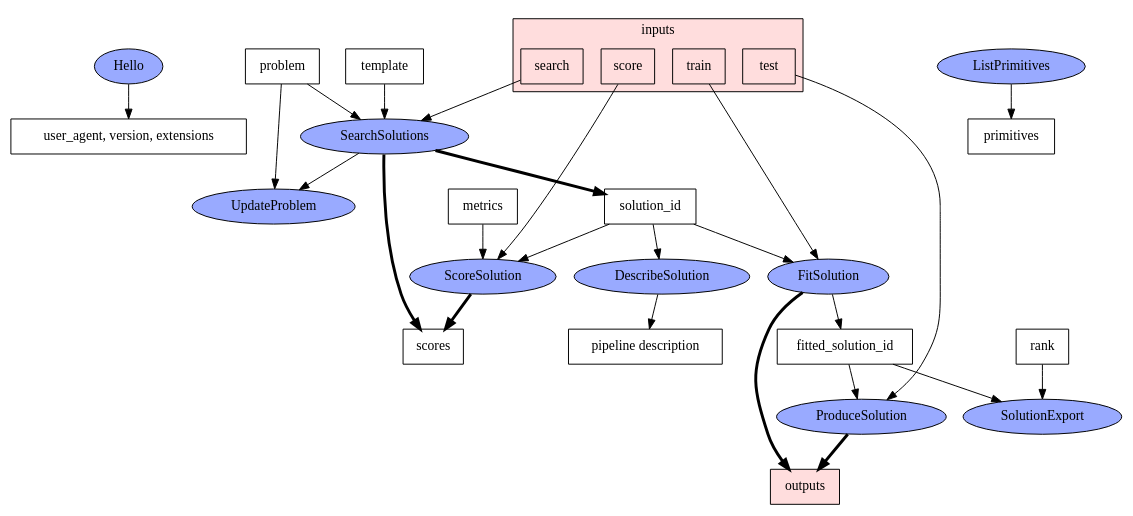
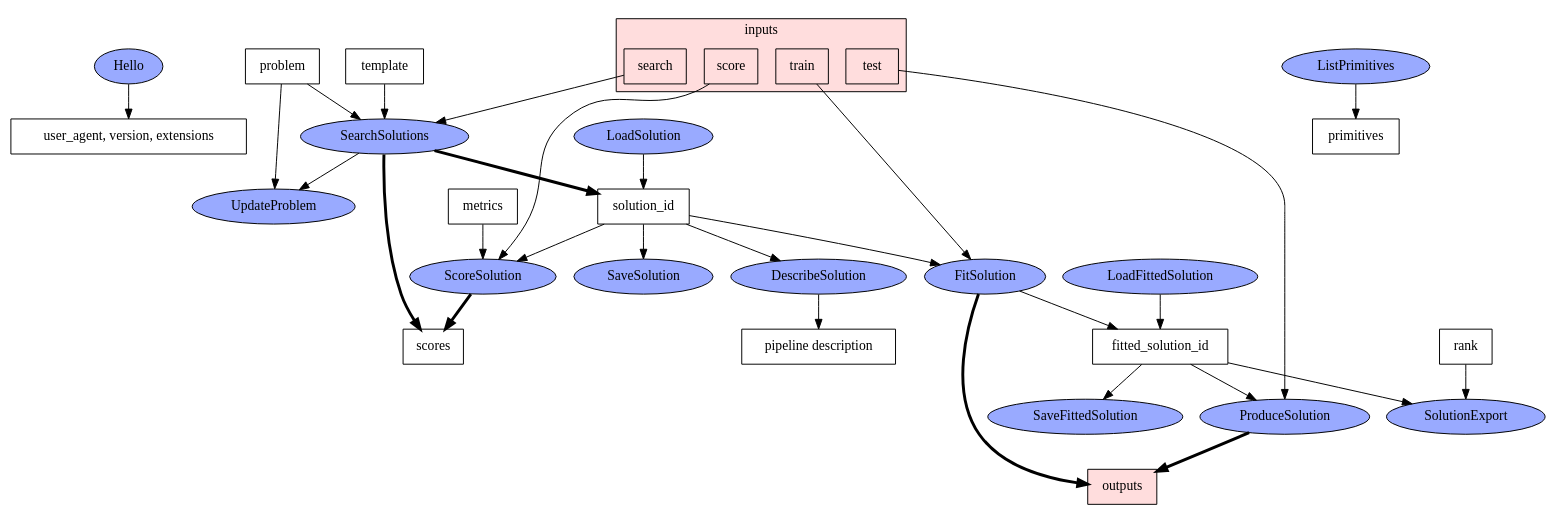
The diagram in submodules/ta3ta2-api/flow.dot (TwoRavens/TwoRavens), drawn with Graphviz before and after one commit. The commit also changed 49 other files, not shown here.

```diff
--- a/submodules/ta3ta2-api/flow.dot
+++ b/submodules/ta3ta2-api/flow.dot
@@ -1,56 +1,64 @@
 digraph G {
   compound=true;
 
   node [style="filled", fillcolor="#99aaff", shape="ellipse"];
   Hello;
   SearchSolutions;
   DescribeSolution;
   ScoreSolution;
   FitSolution;
   ProduceSolution;
   SolutionExport;
   UpdateProblem;
   ListPrimitives;
+  SaveSolution;
+  LoadSolution;
+  SaveFittedSolution;
+  LoadFittedSolution;
 
   node [style="filled", fillcolor="#ffdddd", shape="rectangle"];
   "outputs";
 
   subgraph cluster0 {
       label="inputs";
       style="filled";
       fillcolor="#ffdddd";
       shape="rectangle";
       node [style="filled", fillcolor="#ffdddd", shape="rectangle"];
       search;
       train;
       score;
       test;
   }
 
   node [style="filled", fillcolor="#ffffff", shape="rectangle"];
 
   Hello -> "user_agent, version, extensions";
   template -> SearchSolutions;
   problem -> SearchSolutions;
   search -> SearchSolutions;
   SearchSolutions -> solution_id [penwidth=3.0];
   SearchSolutions -> scores [penwidth=3.0];
   solution_id -> DescribeSolution;
   DescribeSolution -> "pipeline description";
   solution_id -> ScoreSolution;
   score -> ScoreSolution;
   metrics -> ScoreSolution;
   ScoreSolution -> scores [penwidth=3.0];
   solution_id -> FitSolution;
   train -> FitSolution
   FitSolution -> outputs [penwidth=3.0];
   FitSolution -> fitted_solution_id;
   fitted_solution_id -> ProduceSolution;
+  fitted_solution_id -> SaveFittedSolution;
+  LoadFittedSolution -> fitted_solution_id;
   test -> ProduceSolution;
   ProduceSolution -> outputs [penwidth=3.0];
   fitted_solution_id -> SolutionExport;
+  solution_id -> SaveSolution;
+  LoadSolution -> solution_id;
   rank -> SolutionExport
   SearchSolutions -> UpdateProblem;
   problem -> UpdateProblem;
   ListPrimitives -> primitives;
 }
```
